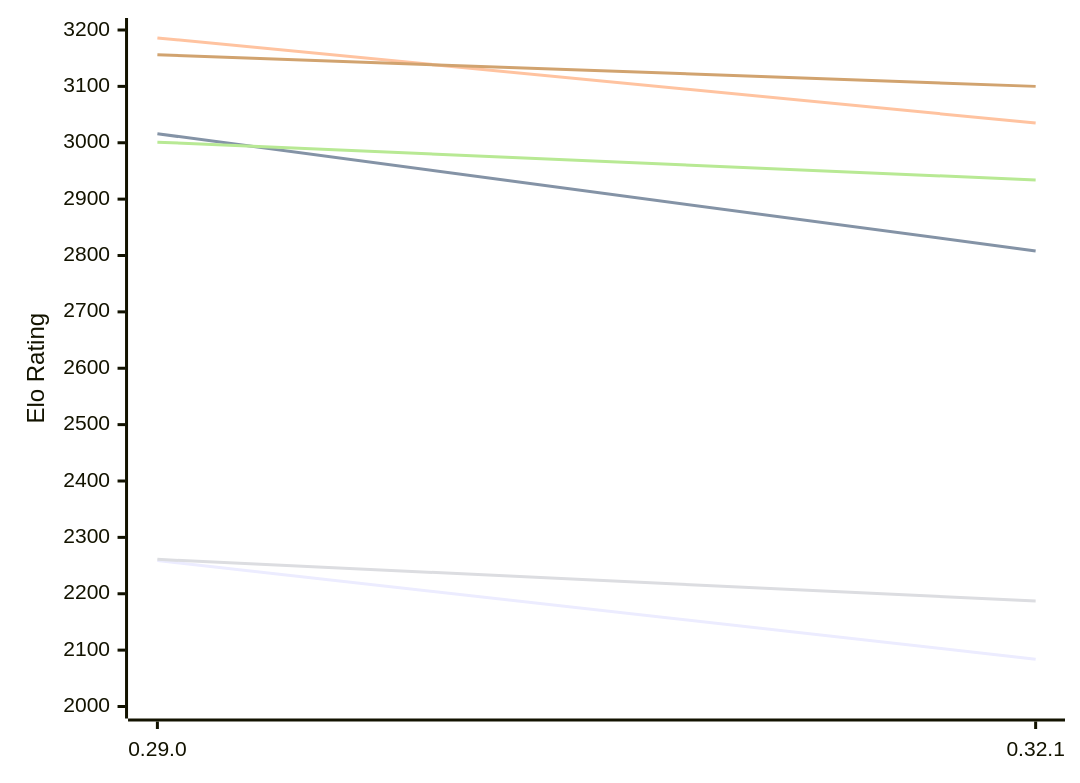
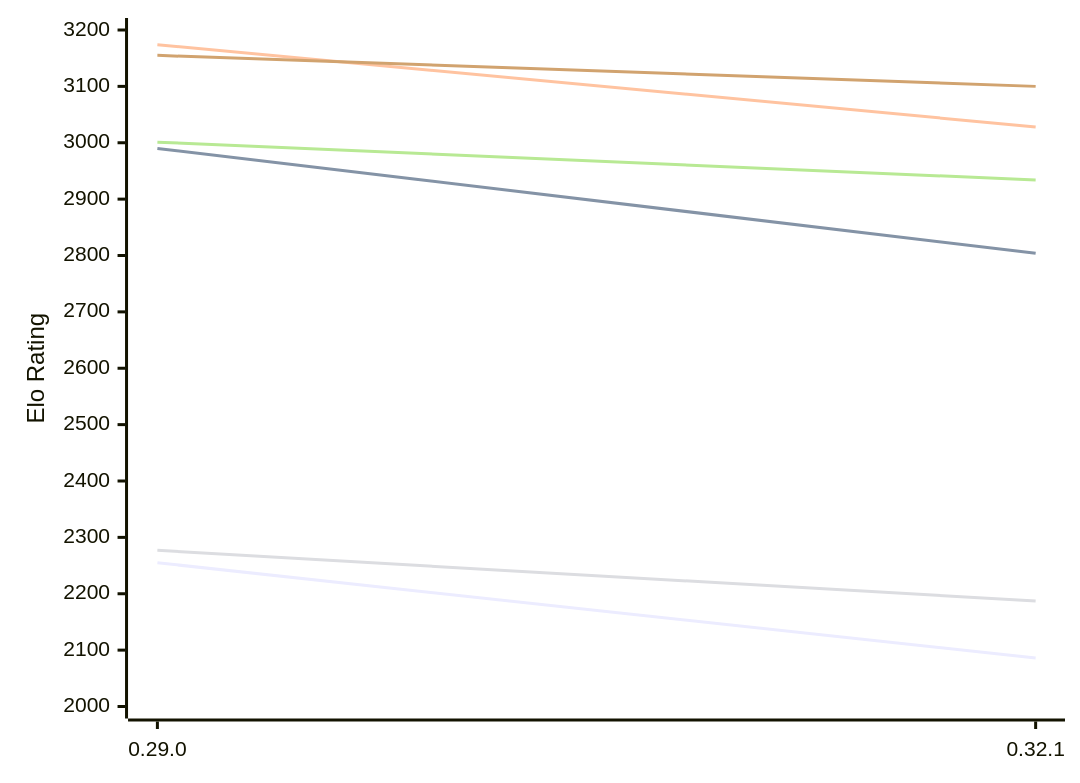
The first of 2 diagrams in engines/Lc0.md (computer-chess-index/cci), drawn with Mermaid before and after one commit. The commit also changed other lines of this file, not shown here.

Commit message:
Update CCI Ratings (ELO VLTC) - 2026-11-26

````diff
--- a/engines/Lc0.md
+++ b/engines/Lc0.md
@@ -50,12 +50,12 @@
 ```mermaid
 %%{init: {"theme":"base","themeVariables":{"seriesColors:['#a3a3a3','#222221','#faa371']}}}%%
 xychart-beta
   x-axis ["0.29.0", "0.32.1"]
   y-axis "Elo Rating" 2000 --> 3200
-  line "E1: STC (8.0+0.08s)" [2259, 2084]
-  line "E1: LTC (60.0+0.60s)" [3016, 2808]
-  line "E1: VLTC (2m24s+1.12s)" [3186, 3035]
-  line "P1: STC (8.0+0.08s)" [2261, 2187]
+  line "E1: STC (8.0+0.08s)" [2255, 2086]
+  line "E1: LTC (60.0+0.60s)" [2990, 2804]
+  line "E1: VLTC (2m24s+1.12s)" [3174, 3028]
+  line "P1: STC (8.0+0.08s)" [2277, 2187]
   line "P1: LTC (60.0+0.60s)" [3001, 2934]
-  line "P1: VLTC (2m24s+1.12s)" [3156, 3100]
+  line "P1: VLTC (2m24s+1.12s)" [3155, 3100]
 ```
````
